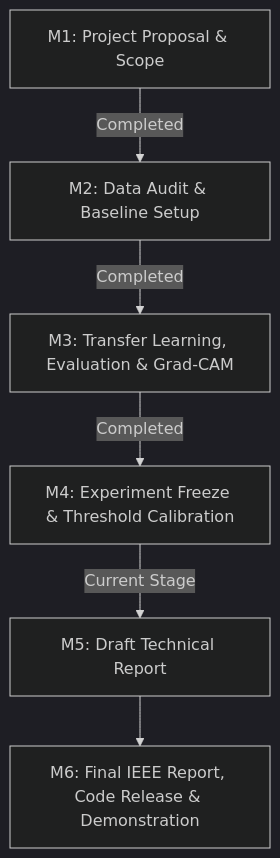
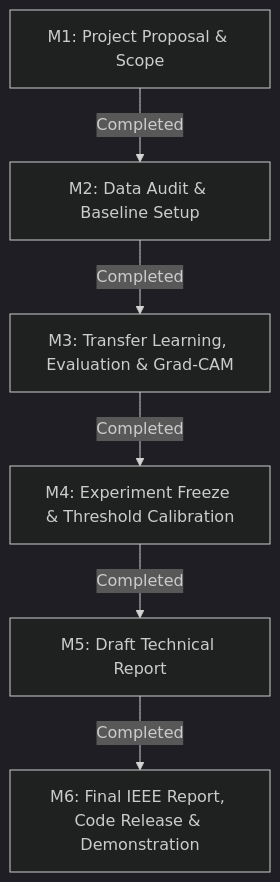
The diagram in README.md (cepdnaclk/e22-co5430-melanoma-cancer-detection), drawn with Mermaid (dark theme) before and after one commit. The commit also changed other lines of this file, not shown here.

Commit message:
docs: update README with demonstration video link and M6 completion status

````diff
--- a/README.md
+++ b/README.md
@@ -34,8 +35,8 @@
 ```mermaid
 flowchart TD
     M1[M1: Project Proposal & Scope] -->|Completed| M2[M2: Data Audit & Baseline Setup]
     M2 -->|Completed| M3[M3: Transfer Learning, Evaluation & Grad-CAM]
     M3 -->|Completed| M4[M4: Experiment Freeze & Threshold Calibration]
-    M4 -->|Current Stage| M5[M5: Draft Technical Report]
-    M5 --> M6[M6: Final IEEE Report, Code Release & Demonstration]
+    M4 -->|Completed| M5[M5: Draft Technical Report]
+    M5 -->|Completed| M6[M6: Final IEEE Report, Code Release & Demonstration]
 ```
````
